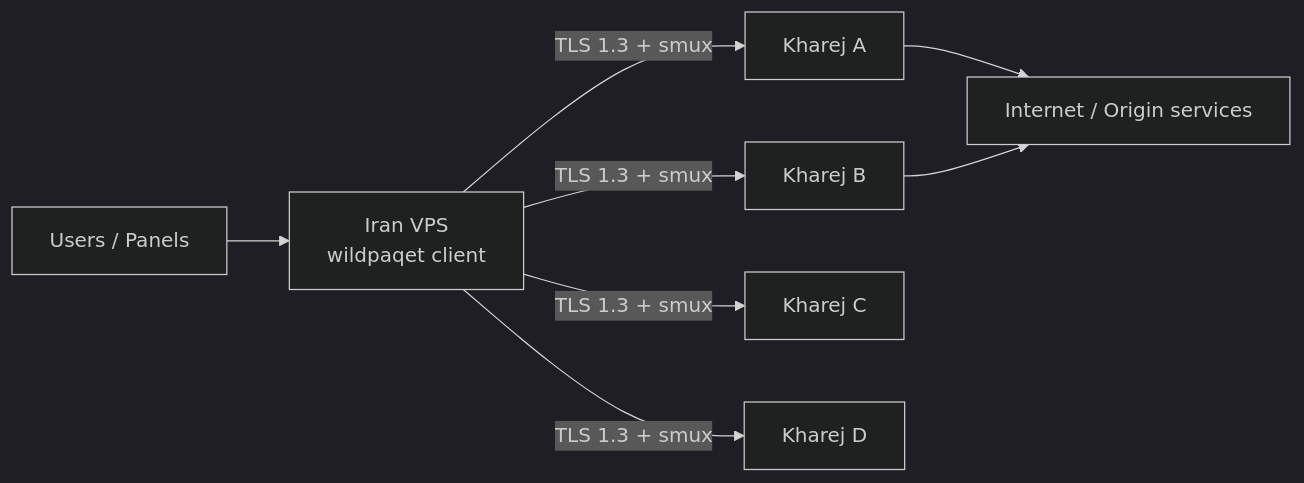
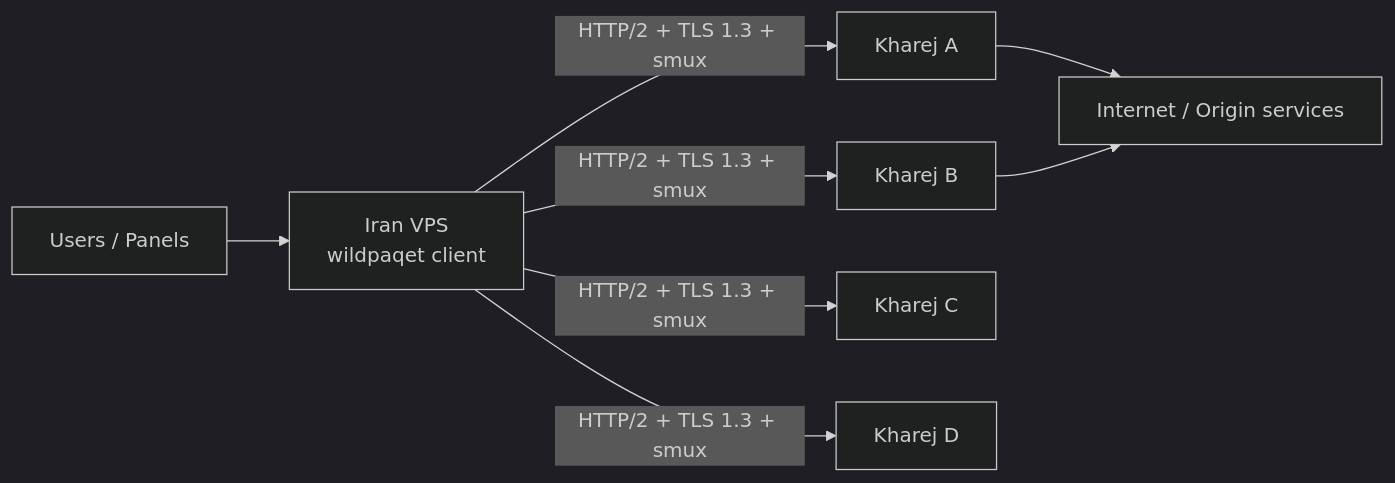
One commit to infowild/WildPaqet-Tunnel changed the diagram in README.md. Above: the diagram before and after it, drawn with Mermaid (dark theme). The commit also changed other lines of this file and 30 other files, not shown here.

````diff
--- a/README.md
+++ b/README.md
@@ -57,10 +57,10 @@
 ```mermaid
 flowchart LR
   U[Users / Panels] --> IR[Iran VPS<br/>wildpaqet client]
-  IR -->|TLS 1.3 + smux| KH1[Kharej A]
-  IR -->|TLS 1.3 + smux| KH2[Kharej B]
-  IR -->|TLS 1.3 + smux| KH3[Kharej C]
-  IR -->|TLS 1.3 + smux| KH4[Kharej D]
+  IR -->|HTTP/2 + TLS 1.3 + smux| KH1[Kharej A]
+  IR -->|HTTP/2 + TLS 1.3 + smux| KH2[Kharej B]
+  IR -->|HTTP/2 + TLS 1.3 + smux| KH3[Kharej C]
+  IR -->|HTTP/2 + TLS 1.3 + smux| KH4[Kharej D]
   KH1 --> NET[Internet / Origin services]
   KH2 --> NET
 ```
````
